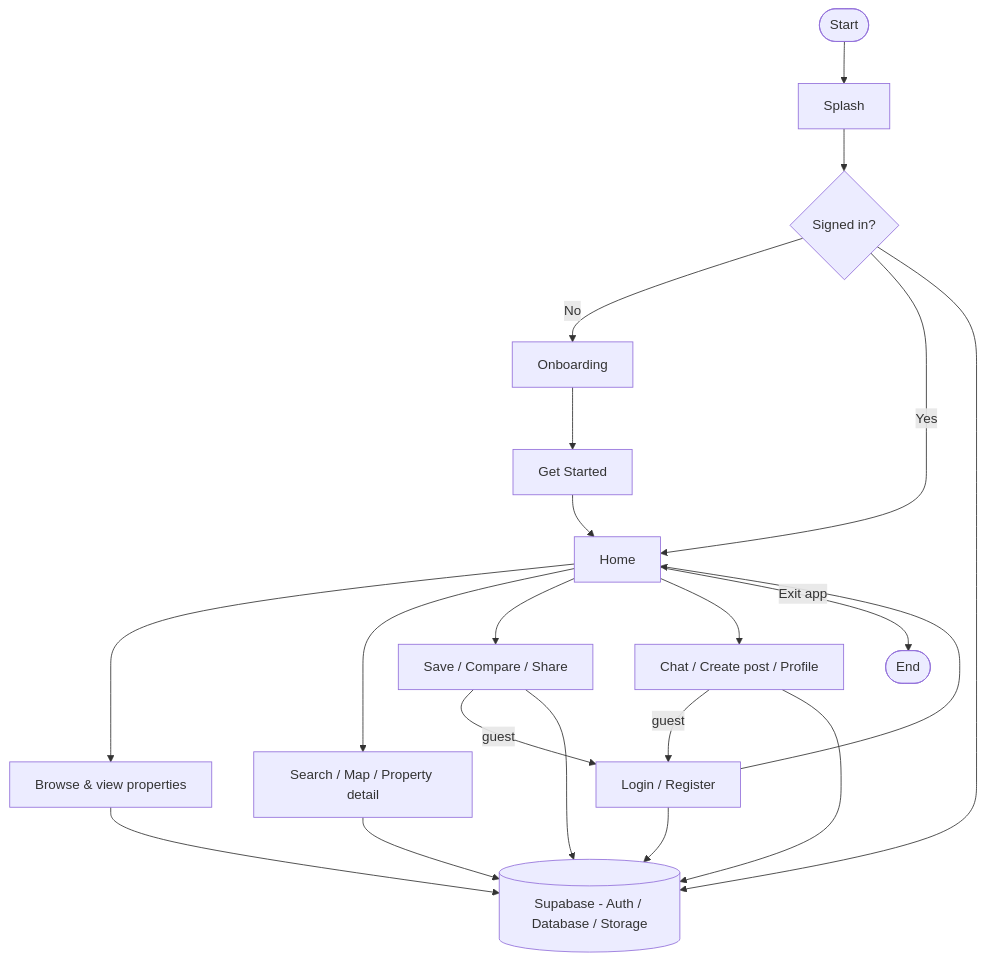
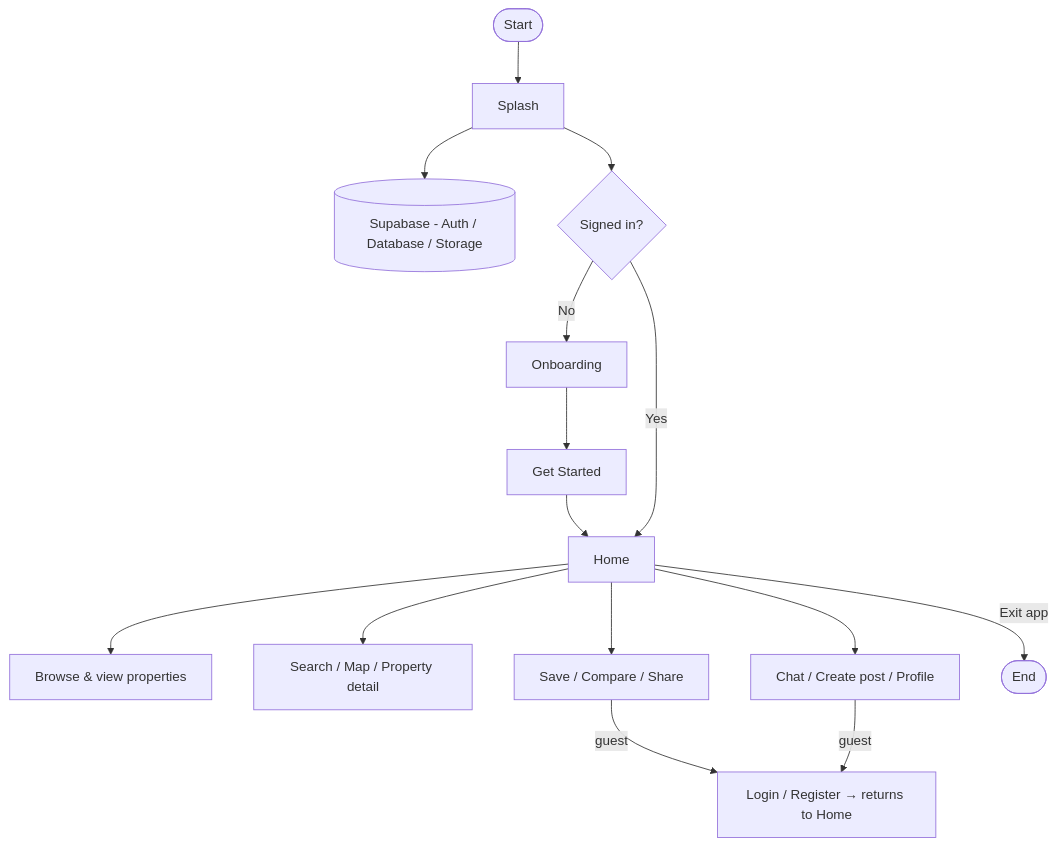
The diagram in docs/diagrams/flowchart.mmd (phyothant-dev/nestfinder), drawn with Mermaid before and after one commit. The commit also changed 5 other files, not shown here.

Commit message:
Redraw diagrams to eliminate crossing lines

```diff
--- a/docs/diagrams/flowchart.mmd
+++ b/docs/diagrams/flowchart.mmd
@@ -1,25 +1,18 @@
 flowchart TD
     A([Start]) --> B[Splash]
+    B --> SB[(Supabase - Auth / Database / Storage)]
     B --> C{Signed in?}
     C -- No --> D[Onboarding]
     D --> E[Get Started]
     E --> F[Home]
     C -- Yes --> F
 
     F --> G[Browse & view properties]
     F --> H[Search / Map / Property detail]
     F --> I[Save / Compare / Share]
     F --> J[Chat / Create post / Profile]
 
-    I -- guest --> K[Login / Register]
+    I -- guest --> K[Login / Register → returns to Home]
     J -- guest --> K
-    K --> F
-
-    C --> SB[(Supabase - Auth / Database / Storage)]
-    K --> SB
-    G --> SB
-    H --> SB
-    I --> SB
-    J --> SB
 
     F -- Exit app --> Z([End])
```
